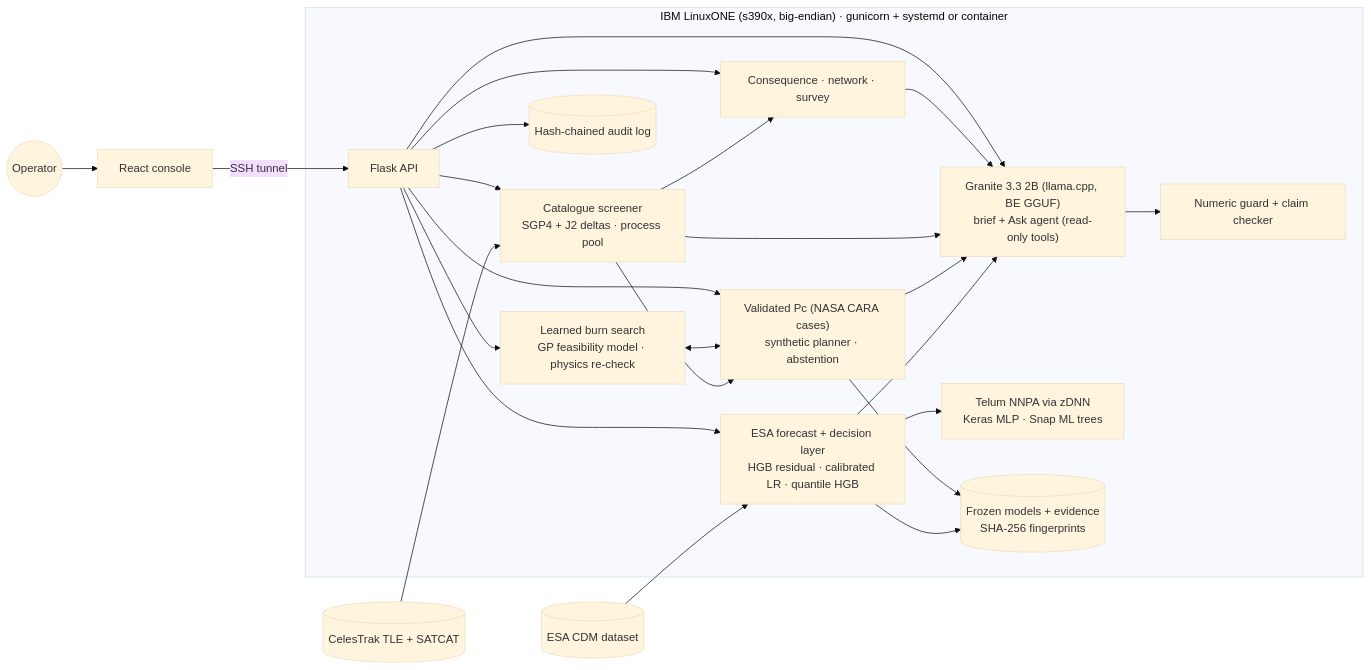
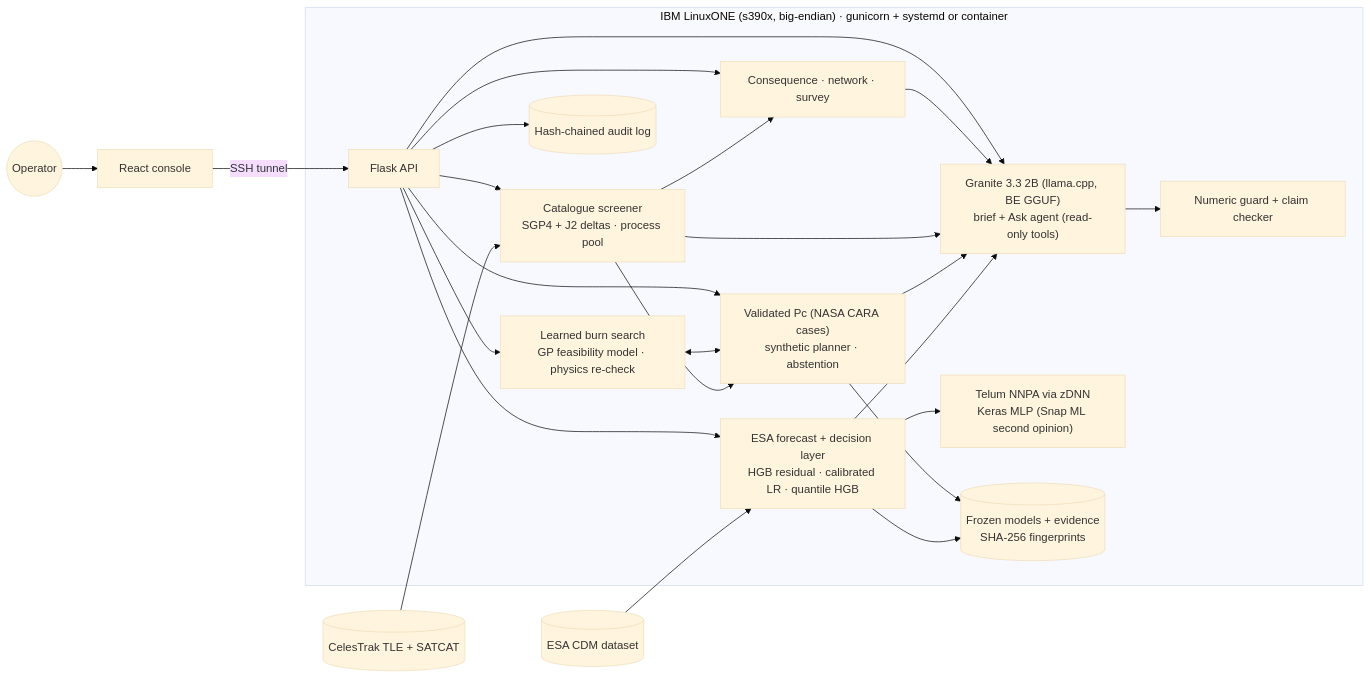
Before and after one commit to ryash072007/Datathon2-OrbitGuard: the diagram in README.md, drawn with Mermaid (base theme). The commit also changed other lines of this file and 1 other file, not shown here.

````diff
--- a/README.md
+++ b/README.md
@@ -68,28 +68,28 @@
 ```mermaid
 flowchart LR
   subgraph L1["IBM LinuxONE (s390x, big-endian) · gunicorn + systemd or container"]
     API[Flask API]:::svc
     ML["ESA forecast + decision layer<br/>HGB residual · calibrated LR · quantile HGB"]
     PH["Validated Pc (NASA CARA cases)<br/>synthetic planner · abstention"]
     CAT["Catalogue screener<br/>SGP4 + J2 deltas · process pool"]
     CON["Consequence · network · survey"]
     OPT["Learned burn search<br/>GP feasibility model · physics re-check"]
     LLM["Granite 3.3 2B (llama.cpp, BE GGUF)<br/>brief + Ask agent (read-only tools)"]
     GRD["Numeric guard + claim checker"]
-    NN["Telum NNPA via zDNN<br/>Keras MLP · Snap ML trees"]
+    NN["Telum NNPA via zDNN<br/>Keras MLP (Snap ML second opinion)"]
     AUD[("Hash-chained audit log")]
     ART[("Frozen models + evidence<br/>SHA-256 fingerprints")]
   end
   ESA[(ESA CDM dataset)] --> ML
   CT[(CelesTrak TLE + SATCAT)] --> CAT
   CAT --> PH
   CAT --> CON
   OPT <--> PH
   ML --> NN
   ML & PH & CAT & CON --> LLM
   LLM --> GRD
   API --> ML & PH & OPT & CAT & CON & LLM & AUD
   ML & PH --> ART
   UI[React console] -- SSH tunnel --> API
   OP((Operator)) --> UI
 ```
````
